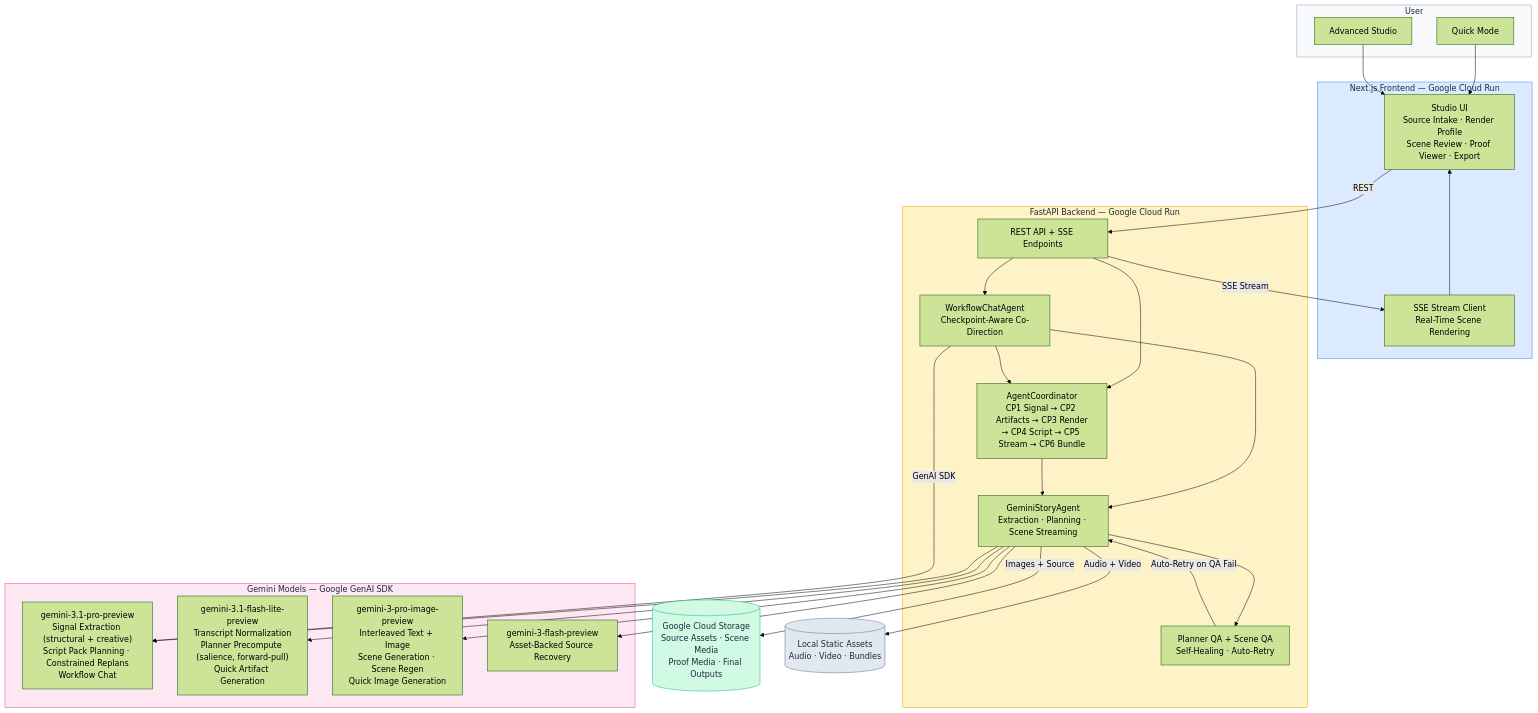
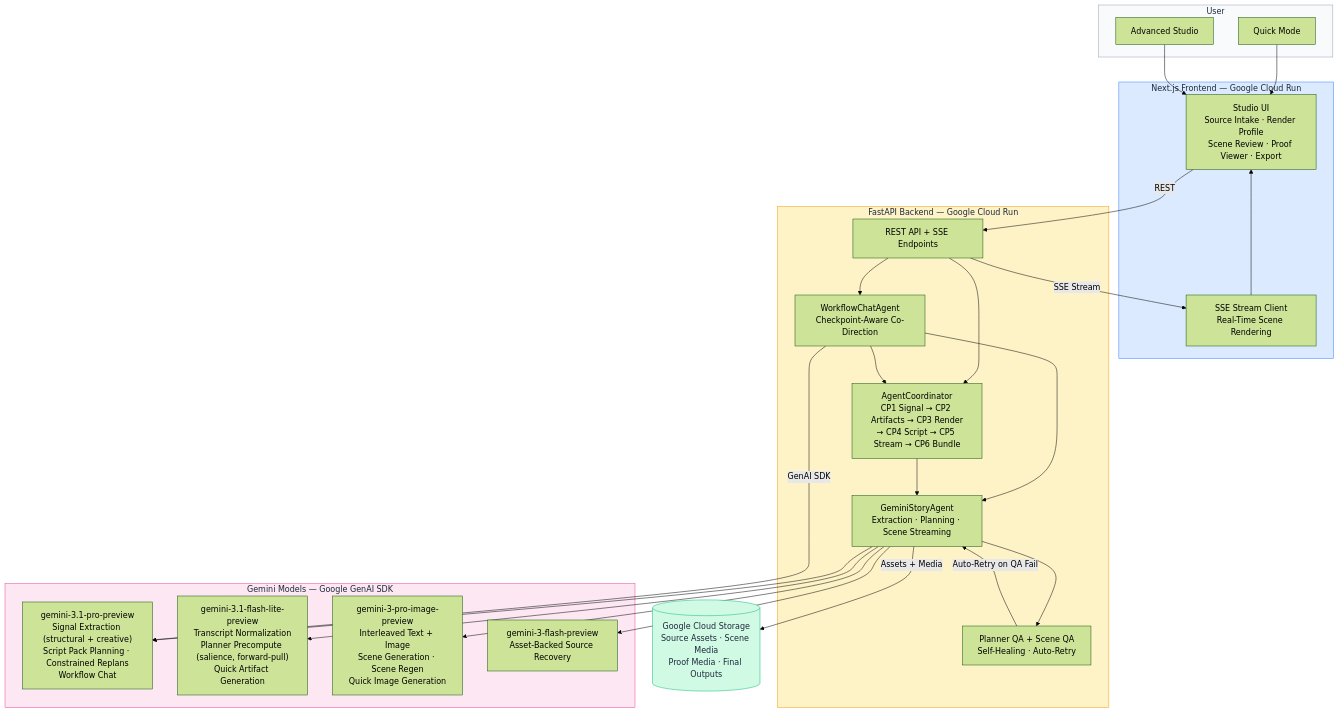
One commit to Silveroboros-dev/ExplainFlow changed the first of 3 diagrams in README.md. Above: the diagram before and after it, drawn with Mermaid (forest theme). The commit also changed other lines of this file and 9 other files, not shown here.

````diff
--- a/README.md
+++ b/README.md
@@ -50,56 +75,53 @@
 ```mermaid
 flowchart TD
     subgraph USER["User"]
         QUICK["Quick Mode"]
         ADVANCED["Advanced Studio"]
     end
 
     subgraph FRONTEND["Next.js Frontend — Google Cloud Run"]
         UI["Studio UI\nSource Intake · Render Profile\nScene Review · Proof Viewer · Export"]
         SSE_CLIENT["SSE Stream Client\nReal-Time Scene Rendering"]
     end
 
     subgraph BACKEND["FastAPI Backend — Google Cloud Run"]
         ROUTES["REST API + SSE Endpoints"]
         COORD["AgentCoordinator\nCP1 Signal → CP2 Artifacts → CP3 Render\n→ CP4 Script → CP5 Stream → CP6 Bundle"]
         STORY["GeminiStoryAgent\nExtraction · Planning · Scene Streaming"]
         CHAT["WorkflowChatAgent\nCheckpoint-Aware Co-Direction"]
         QA["Planner QA + Scene QA\nSelf-Healing · Auto-Retry"]
     end
 
     subgraph GEMINI["Gemini Models — Google GenAI SDK"]
         PRO["gemini-3.1-pro-preview\nSignal Extraction (structural + creative)\nScript Pack Planning · Constrained Replans\nWorkflow Chat"]
         LITE["gemini-3.1-flash-lite-preview\nTranscript Normalization\nPlanner Precompute (salience, forward-pull)\nQuick Artifact Generation"]
         IMG["gemini-3-pro-image-preview\nInterleaved Text + Image\nScene Generation · Scene Regen\nQuick Image Generation"]
         FLASH["gemini-3-flash-preview\nAsset-Backed Source Recovery"]
     end
 
     GCS[("Google Cloud Storage\nSource Assets · Scene Media\nProof Media · Final Outputs")]
-    LOCAL[("Local Static Assets\nAudio · Video · Bundles")]
 
     QUICK & ADVANCED --> UI
     UI -->|"REST"| ROUTES
     ROUTES --> COORD
     ROUTES --> CHAT
     CHAT --> COORD
     CHAT --> STORY
     COORD --> STORY
     STORY --> QA
     QA -->|"Auto-Retry on QA Fail"| STORY
     STORY --> PRO
     STORY --> LITE
     STORY --> IMG
     STORY --> FLASH
     CHAT -->|"GenAI SDK"| PRO
-    STORY -->|"Images + Source"| GCS
-    STORY -->|"Audio + Video"| LOCAL
+    STORY -->|"Assets + Media"| GCS
     ROUTES -->|"SSE Stream"| SSE_CLIENT
     SSE_CLIENT --> UI
 
     style USER fill:#f8fafc,stroke:#94a3b8,color:#1e293b
     style FRONTEND fill:#dbeafe,stroke:#3b82f6,color:#1e293b
     style BACKEND fill:#fef3c7,stroke:#f59e0b,color:#1e293b
     style GEMINI fill:#fce7f3,stroke:#ec4899,color:#1e293b
     style GCS fill:#d1fae5,stroke:#10b981,color:#1e293b
-    style LOCAL fill:#e2e8f0,stroke:#64748b,color:#1e293b
 ```
````
